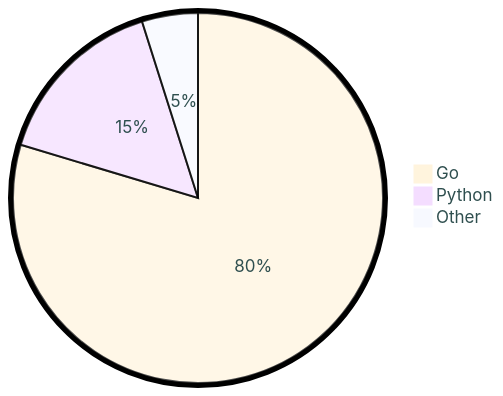
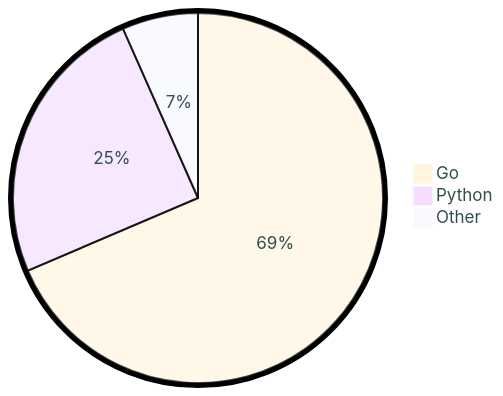
The diagram in README.md (tot0p/tot0p), drawn with Mermaid before and after one commit. The commit also changed other lines of this file, not shown here.

````diff
--- a/README.md
+++ b/README.md
@@ -74,7 +74,7 @@
 ```mermaid
 %%{init: {"pie": {"textPosition": 0.5}, "themeVariables": {"pieOuterStrokeWidth": "5px","primaryTextColor" : "#2F4F4F"},"theme":"base"} }%%
 pie
-	"Go": 79.65
-	"Python": 15.47
-	"Other": 4.89
+	"Go": 68.58
+	"Python": 24.78
+	"Other": 6.64
 ```
````
